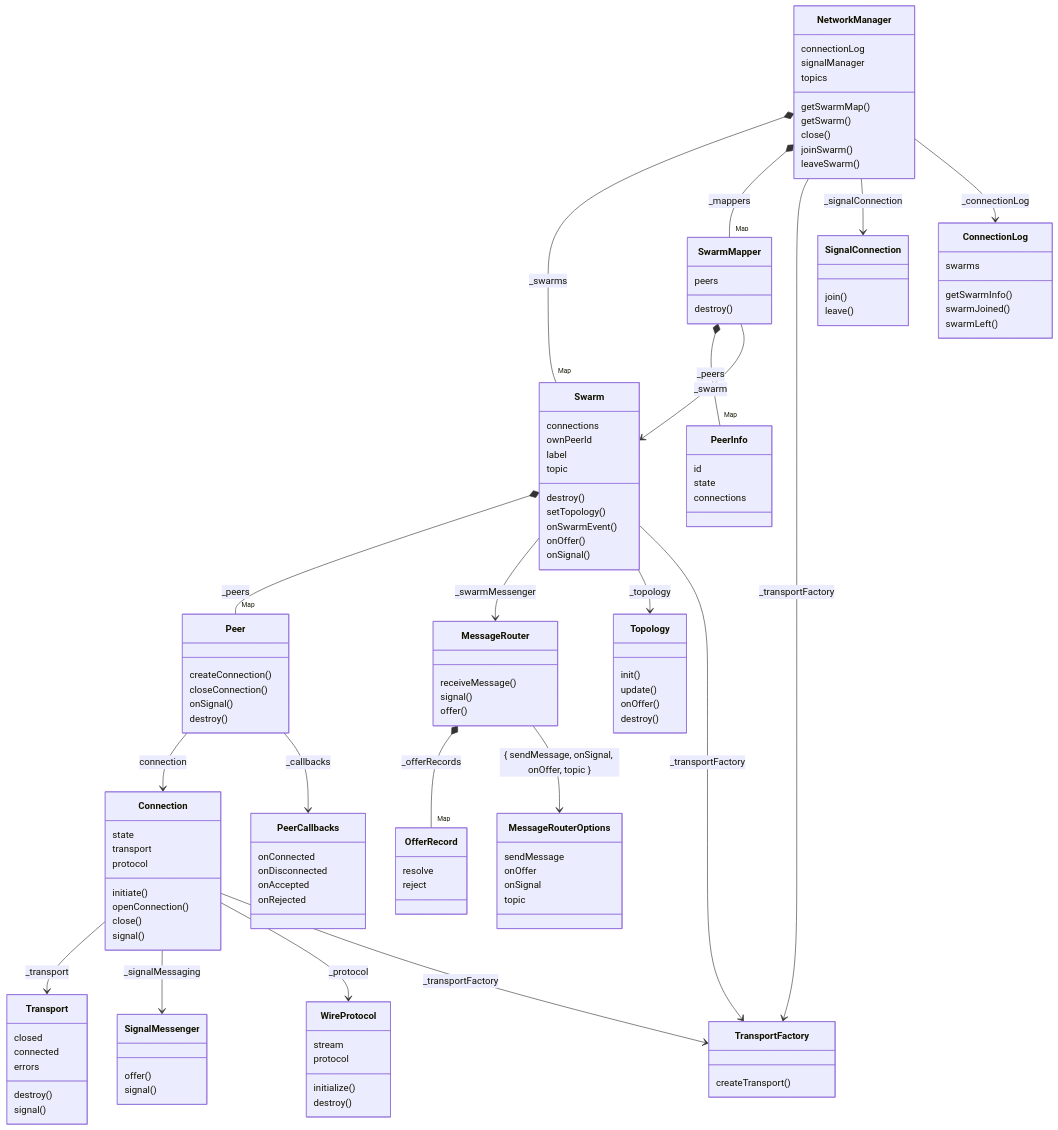
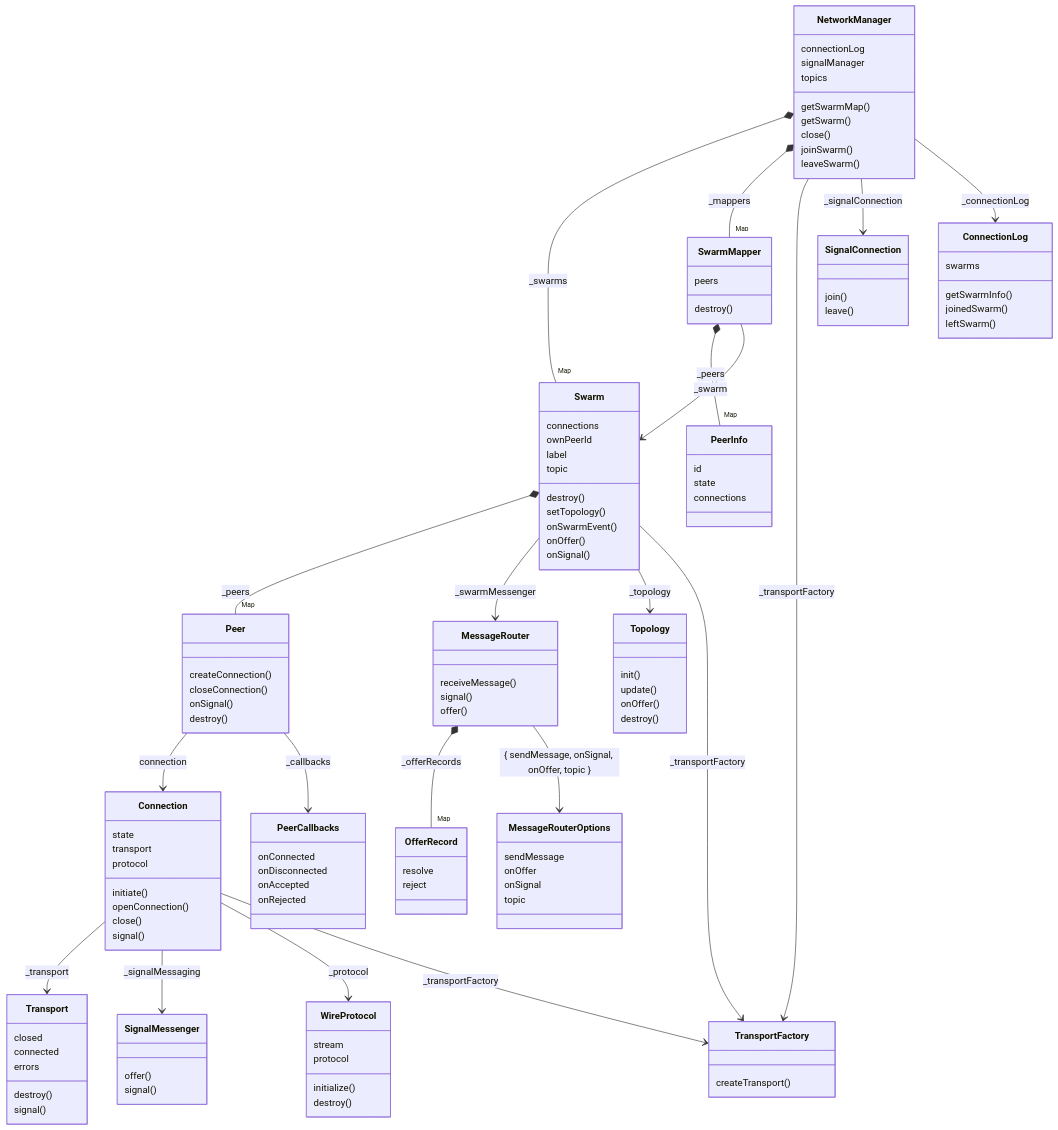
Before and after one commit to dxos/dxos: the first of 2 diagrams in packages/core/mesh/network-manager/docs/README.md, drawn with Mermaid. The commit also changed 11 other files, not shown here.

````diff
--- a/packages/core/mesh/network-manager/docs/README.md
+++ b/packages/core/mesh/network-manager/docs/README.md
@@ -136,7 +136,7 @@
 class ConnectionLog {
   swarms
   getSwarmInfo()
-  swarmJoined()
-  swarmLeft()
+  joinedSwarm()
+  leftSwarm()
 }
 ```
````
